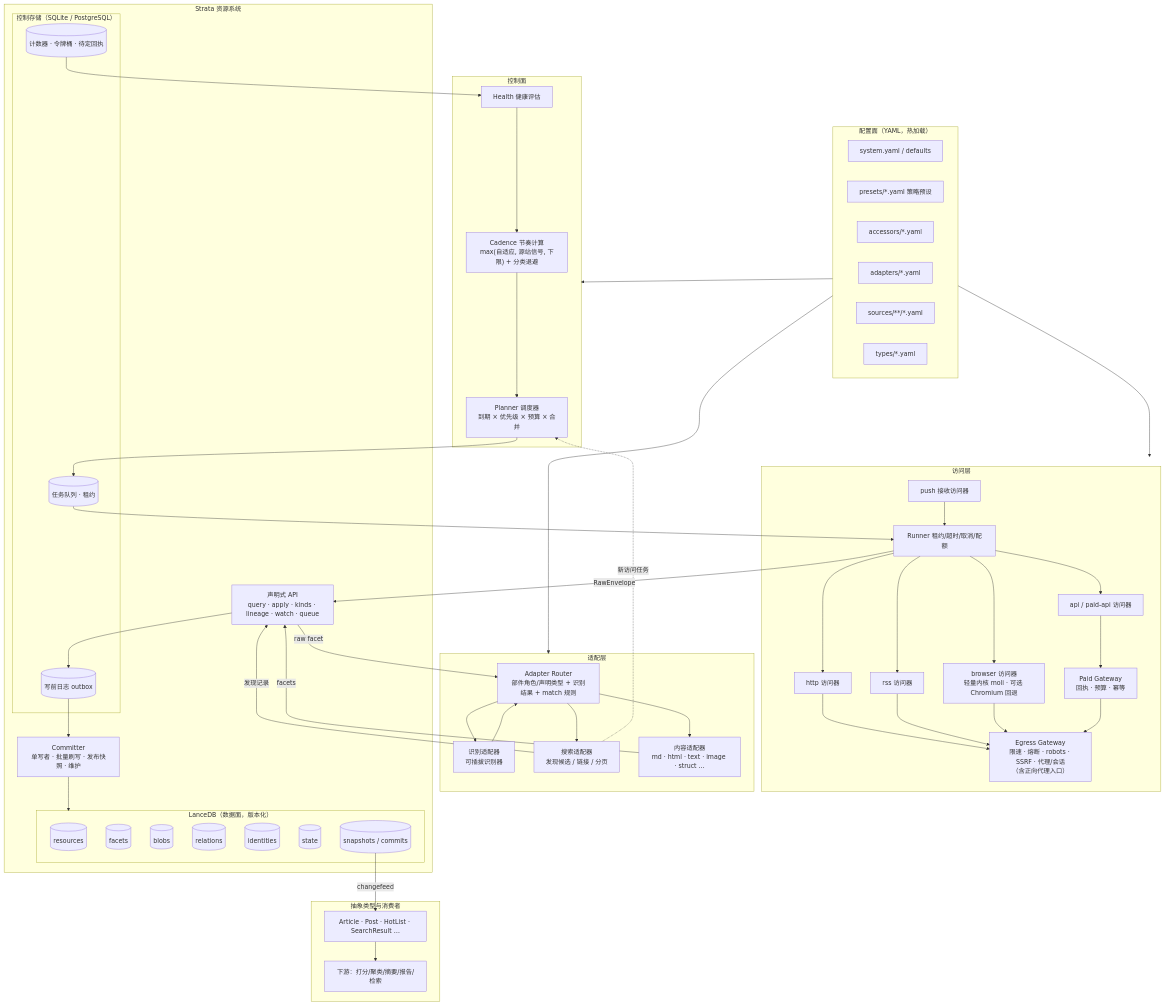
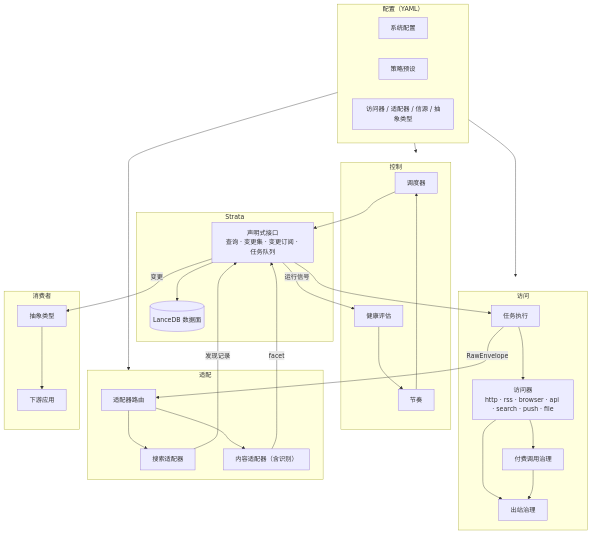
The first of 2 diagrams in docs/ModalPrism-design.md (MistLoom/ModalPrism), drawn with Mermaid before and after one commit. The commit also changed other lines of this file, not shown here.

````diff
--- a/docs/ModalPrism-design.md
+++ b/docs/ModalPrism-design.md
@@ -78,76 +79,50 @@
 ```mermaid
 flowchart TB
-  subgraph CFG["配置面（YAML，热加载）"]
-    C1["system.yaml / defaults"]
-    C0["presets/*.yaml 策略预设"]
-    C2["accessors/*.yaml"]
-    C3["adapters/*.yaml"]
-    C4["sources/**/*.yaml"]
-    C5["types/*.yaml"]
+  subgraph CFG["配置（YAML）"]
+    C1["系统配置"]
+    C2["策略预设"]
+    C3["访问器 / 适配器 / 信源 / 抽象类型"]
   end
 
-  subgraph CTRL["控制面"]
-    PLAN["Planner 调度器<br/>到期 × 优先级 × 预算 × 合并"]
-    CAD["Cadence 节奏计算<br/>max(自适应, 源站信号, 下限) + 分类退避"]
-    HEALTH["Health 健康评估"]
+  subgraph CTRL["控制"]
+    PLAN["调度器"]
+    CAD["节奏"]
+    HEALTH["健康评估"]
   end
 
-  subgraph ACC["访问层"]
-    RUN["Runner 租约/超时/取消/配额"]
-    EG["Egress Gateway<br/>限速 · 熔断 · robots · SSRF · 代理/会话<br/>（含正向代理入口）"]
-    PG["Paid Gateway<br/>回执 · 预算 · 幂等"]
-    A_HTTP["http 访问器"]
-    A_RSS["rss 访问器"]
-    A_BR["browser 访问器<br/>轻量内核 moli · 可选 Chromium 回退"]
-    A_API["api / paid-api 访问器"]
-    A_PUSH["push 接收访问器"]
+  subgraph ACC["访问"]
+    RUN["任务执行"]
+    EG["出站治理"]
+    PG["付费调用治理"]
+    ACCS["访问器<br/>http · rss · browser · api · search · push · file"]
   end
 
-  subgraph ADP["适配层"]
-    ROUTE["Adapter Router<br/>部件角色/声明类型 + 识别结果 + match 规则"]
-    DET["识别适配器<br/>可插拔识别器"]
-    SA["搜索适配器<br/>发现候选 / 链接 / 分页"]
-    CA["内容适配器<br/>md · html · text · image · struct …"]
+  subgraph ADP["适配"]
+    ROUTE["适配器路由"]
+    SA["搜索适配器"]
+    CA["内容适配器（含识别）"]
   end
 
-  subgraph STRATA["Strata 资源系统"]
-    API["声明式 API<br/>query · apply · kinds · lineage · watch · queue"]
-    subgraph HOT["控制存储（SQLite / PostgreSQL）"]
-      Q[("任务队列 · 租约")]
-      WAL[("写前日志 outbox")]
-      CNT[("计数器 · 令牌桶 · 待定回执")]
-    end
-    COMMITTER["Committer<br/>单写者 · 批量刷写 · 发布快照 · 维护"]
-    subgraph LANCE["LanceDB（数据面，版本化）"]
-      T1[("resources")]
-      T2[("facets")]
-      T3[("blobs")]
-      T4[("relations")]
-      T5[("identities")]
-      T6[("state")]
-      T7[("snapshots / commits")]
-    end
+  subgraph STRATA["Strata"]
+    API["声明式接口<br/>查询 · 变更集 · 变更订阅 · 任务队列"]
+    STORE[("LanceDB 数据面")]
   end
 
-  subgraph TYPES["抽象类型与消费者"]
-    AT["Article · Post · HotList · SearchResult …"]
-    DOWN["下游：打分/聚类/摘要/报告/检索"]
+  subgraph TYPES["消费者"]
+    AT["抽象类型"]
+    DOWN["下游应用"]
   end
 
   CFG --> CTRL & ACC & ADP
-  PLAN --> Q --> RUN
-  RUN --> A_HTTP & A_RSS & A_BR & A_API
-  A_PUSH --> RUN
-  A_HTTP & A_RSS & A_BR --> EG
-  A_API --> PG --> EG
-  RUN -- RawEnvelope --> API
-  API -- raw facet --> ROUTE
-  ROUTE --> DET --> ROUTE
+  PLAN --> API
+  API --> RUN --> ACCS
+  ACCS --> EG
+  ACCS --> PG --> EG
+  RUN -- RawEnvelope --> ROUTE
   ROUTE --> SA & CA
   SA -- 发现记录 --> API
-  SA -. 新访问任务 .-> PLAN
-  CA -- facets --> API
-  API --> WAL --> COMMITTER --> LANCE
-  T7 -- changefeed --> AT --> DOWN
-  CNT --> HEALTH --> CAD --> PLAN
+  CA -- facet --> API
+  API --> STORE
+  API -- 变更 --> AT --> DOWN
+  API -- 运行信号 --> HEALTH --> CAD --> PLAN
 ```
````
